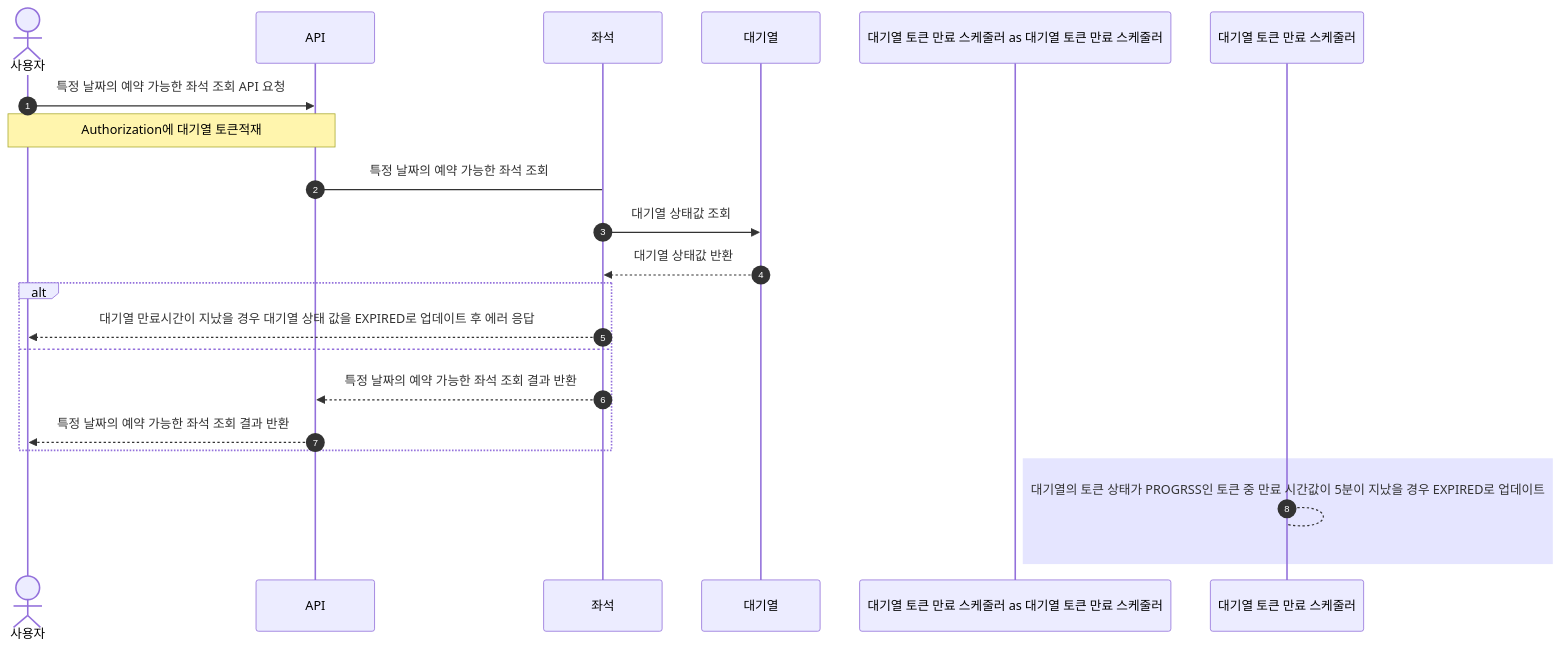
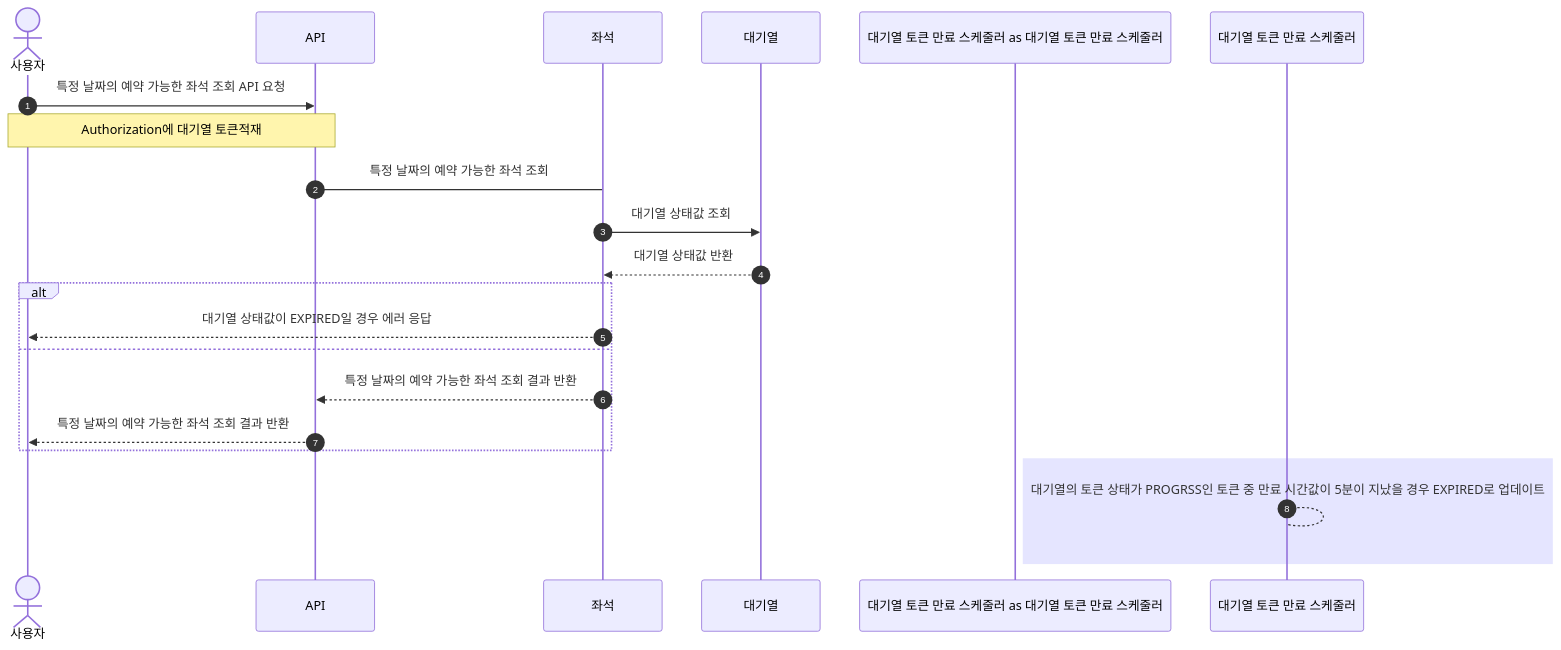
The third of 7 diagrams in docs/sequence.md (jikimee64/hhplus-concert), drawn with Mermaid before and after one commit. The commit also changed other lines of this file and 7 other files, not shown here.

Commit message:
feat: 대기열 상태값이 EXPIRED인지 검사하는 로직 구현

````diff
--- a/docs/sequence.md
+++ b/docs/sequence.md
@@ -63,24 +63,24 @@
 ```mermaid
 sequenceDiagram
     autonumber
     actor 사용자 as 사용자
     participant API as API
     participant 좌석 as 좌석
     participant 대기열 as 대기열
     participant 대기열 토큰 만료 스케줄러 as 대기열 토큰 만료 스케줄러
     사용자 ->> API: 특정 날짜의 예약 가능한 좌석 조회 API 요청
     Note over 사용자, API: Authorization에 대기열 토큰적재
     API -> 좌석: 특정 날짜의 예약 가능한 좌석 조회
     좌석 ->> 대기열: 대기열 상태값 조회
     대기열 -->> 좌석: 대기열 상태값 반환
     alt
-        좌석 -->> 사용자: 대기열 만료시간이 지났을 경우 대기열 상태 값을 EXPIRED로 업데이트 후 에러 응답
+        좌석 -->> 사용자: 대기열 상태값이 EXPIRED일 경우 에러 응답
     else
         좌석 -->> API: 특정 날짜의 예약 가능한 좌석 조회 결과 반환
         API -->> 사용자: 특정 날짜의 예약 가능한 좌석 조회 결과 반환
     end
     rect rgba(0, 0, 255, .1)
         대기열 토큰 만료 스케줄러 --> 대기열 토큰 만료 스케줄러: 대기열의 토큰 상태가 PROGRSS인 토큰 중 만료 시간값이 5분이 지났을 경우 EXPIRED로 업데이트
     end
 
 ```
````
